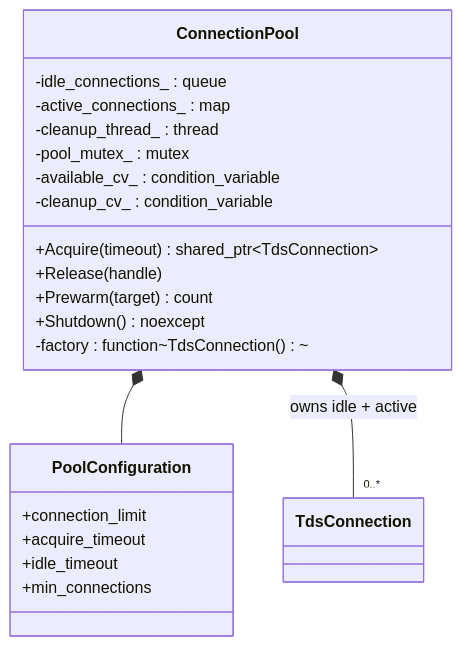
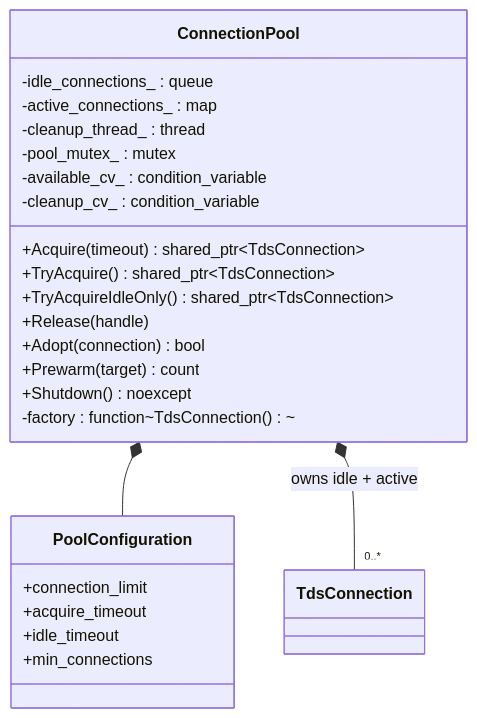
One commit to hugr-lab/mssql-extension changed the fourth of 15 diagrams in DATAMODEL.md. Above: the diagram before and after it, drawn with Mermaid. The commit also changed other lines of this file and 19 other files, not shown here.

````diff
--- a/DATAMODEL.md
+++ b/DATAMODEL.md
@@ -165,24 +165,27 @@
 ```mermaid
 classDiagram
     class ConnectionPool {
         +Acquire(timeout) shared_ptr~TdsConnection~
+        +TryAcquire() shared_ptr~TdsConnection~
+        +TryAcquireIdleOnly() shared_ptr~TdsConnection~
         +Release(handle)
+        +Adopt(connection) bool
         +Prewarm(target) count
         +Shutdown() noexcept
         -factory : function~TdsConnection()~
         -idle_connections_ : queue
         -active_connections_ : map
         -cleanup_thread_ : thread
         -pool_mutex_ : mutex
         -available_cv_ : condition_variable
         -cleanup_cv_ : condition_variable
     }
     class PoolConfiguration {
         +connection_limit
         +acquire_timeout
         +idle_timeout
         +min_connections
     }
     ConnectionPool *-- PoolConfiguration
     ConnectionPool *-- "0..*" TdsConnection : owns idle + active
 ```
````
